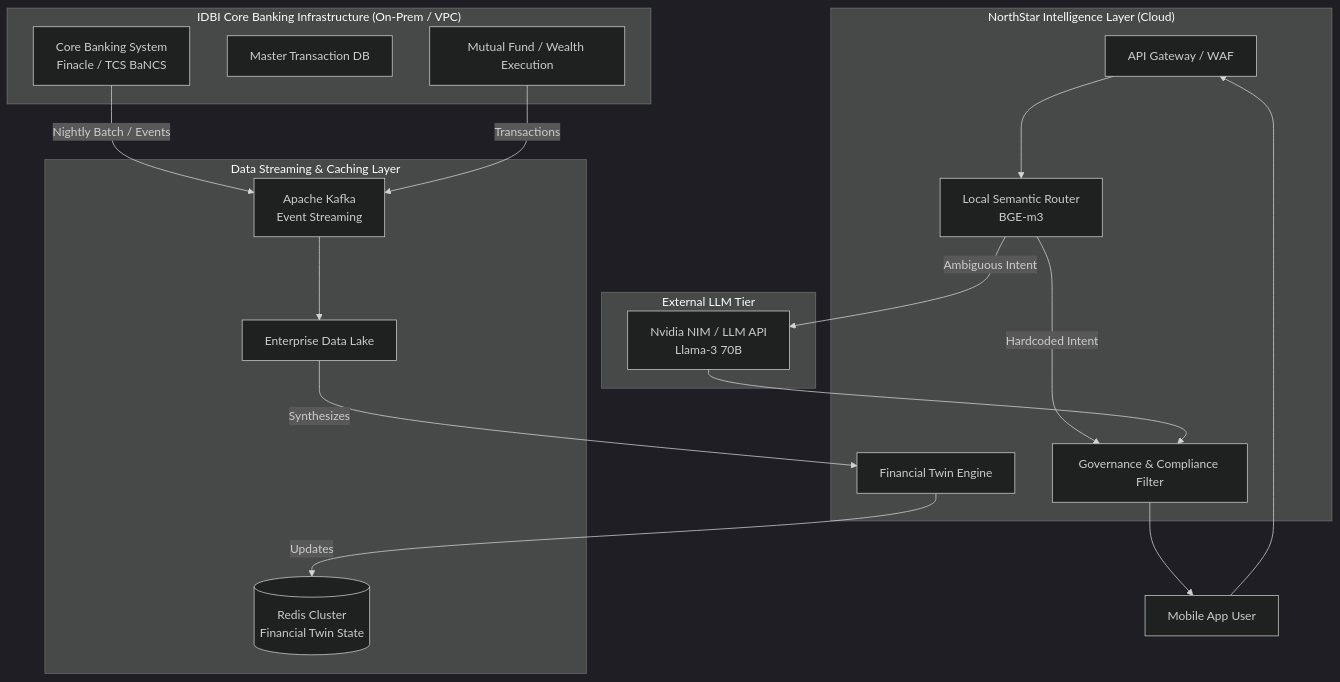
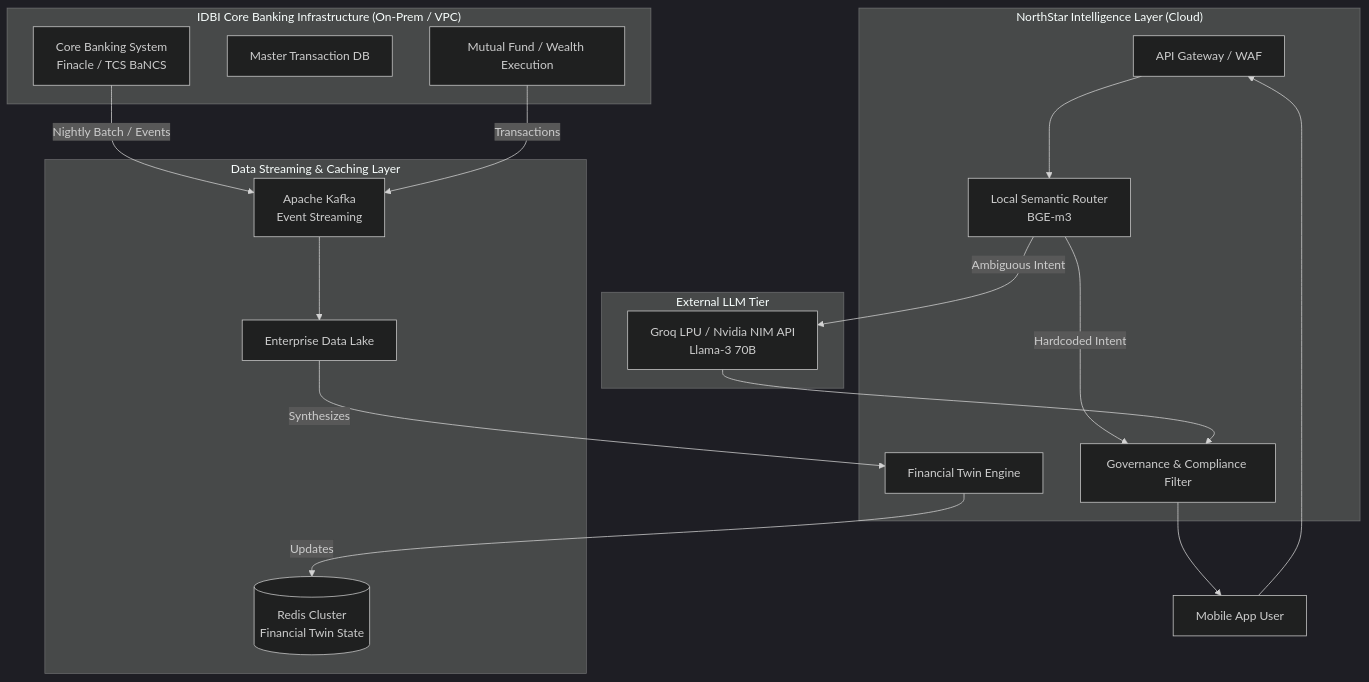
The first of 2 diagrams in docs/PRODUCTION_SCALING_ARCHITECTURE.md (VIKAS9793/northstar-wealth-ai), drawn with Mermaid (dark theme) before and after one commit. The commit also changed other lines of this file and 6 other files, not shown here.

Commit message:
docs: update architecture documentation to reflect Groq LPU inference shift and sub-second latency benchmarks

````diff
--- a/docs/PRODUCTION_SCALING_ARCHITECTURE.md
+++ b/docs/PRODUCTION_SCALING_ARCHITECTURE.md
@@ -21,38 +21,38 @@
 ```mermaid
 graph TD
     subgraph "IDBI Core Banking Infrastructure (On-Prem / VPC)"
         CBS[Core Banking System<br/>Finacle / TCS BaNCS]
         DB[Master Transaction DB]
         MF[Mutual Fund / Wealth Execution]
     end
 
     subgraph "Data Streaming & Caching Layer"
         KAFKA[Apache Kafka<br/>Event Streaming]
         LAKE[Enterprise Data Lake]
         REDIS[(Redis Cluster<br/>Financial Twin State)]
     end
 
     subgraph "NorthStar Intelligence Layer (Cloud)"
         GATEWAY[API Gateway / WAF]
         TWIN[Financial Twin Engine]
         SEMANTIC[Local Semantic Router<br/>BGE-m3]
         GOV[Governance & Compliance Filter]
     end
 
     subgraph "External LLM Tier"
-        LLM[Nvidia NIM / LLM API<br/>Llama-3 70B]
+        LLM[Groq LPU / Nvidia NIM API<br/>Llama-3 70B]
     end
 
     CBS -- Nightly Batch / Events --> KAFKA
     MF -- Transactions --> KAFKA
     KAFKA --> LAKE
     LAKE -- Synthesizes --> TWIN
     TWIN -- Updates --> REDIS
 
     User[Mobile App User] --> GATEWAY
     GATEWAY --> SEMANTIC
     SEMANTIC -- "Ambiguous Intent" --> LLM
     SEMANTIC -- "Hardcoded Intent" --> GOV
     LLM --> GOV
     GOV --> User
 ```
````
